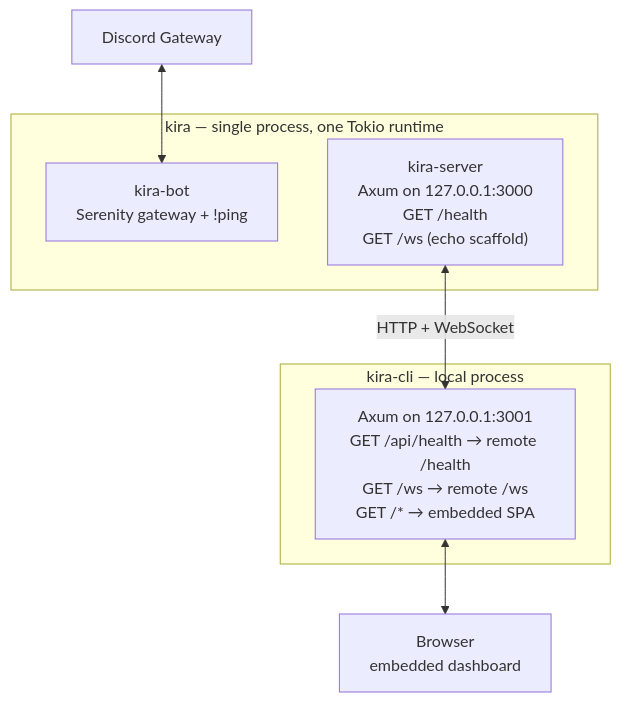
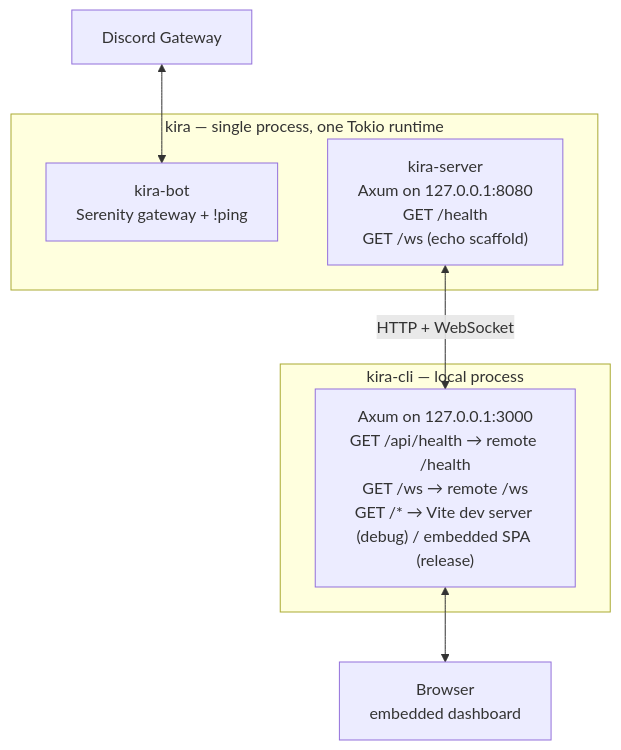
The first of 3 diagrams in docs/architecture.md (merzen-sh/kira), drawn with Mermaid before and after one commit. The commit also changed other lines of this file and 16 other files, not shown here.

First line of the commit message:
fix: align dev ports and Vite proxy workflow (#1)

````diff
--- a/docs/architecture.md
+++ b/docs/architecture.md
@@ -15,19 +15,19 @@
 ```mermaid
 flowchart TB
     GW["Discord Gateway"]
 
     subgraph KIRA["kira — single process, one Tokio runtime"]
         BOT["kira-bot<br/>Serenity gateway + !ping"]
-        SERVER["kira-server<br/>Axum on 127.0.0.1:3000<br/>GET /health<br/>GET /ws (echo scaffold)"]
+        SERVER["kira-server<br/>Axum on 127.0.0.1:8080<br/>GET /health<br/>GET /ws (echo scaffold)"]
     end
 
     subgraph LOCAL["kira-cli — local process"]
-        CLI["Axum on 127.0.0.1:3001<br/>GET /api/health → remote /health<br/>GET /ws → remote /ws<br/>GET /* → embedded SPA"]
+        CLI["Axum on 127.0.0.1:3000<br/>GET /api/health → remote /health<br/>GET /ws → remote /ws<br/>GET /* → Vite dev server (debug) / embedded SPA (release)"]
     end
 
     BROWSER["Browser<br/>embedded dashboard"]
 
     GW <--> BOT
     SERVER <-->|"HTTP + WebSocket"| CLI
     CLI <--> BROWSER
 ```
````
